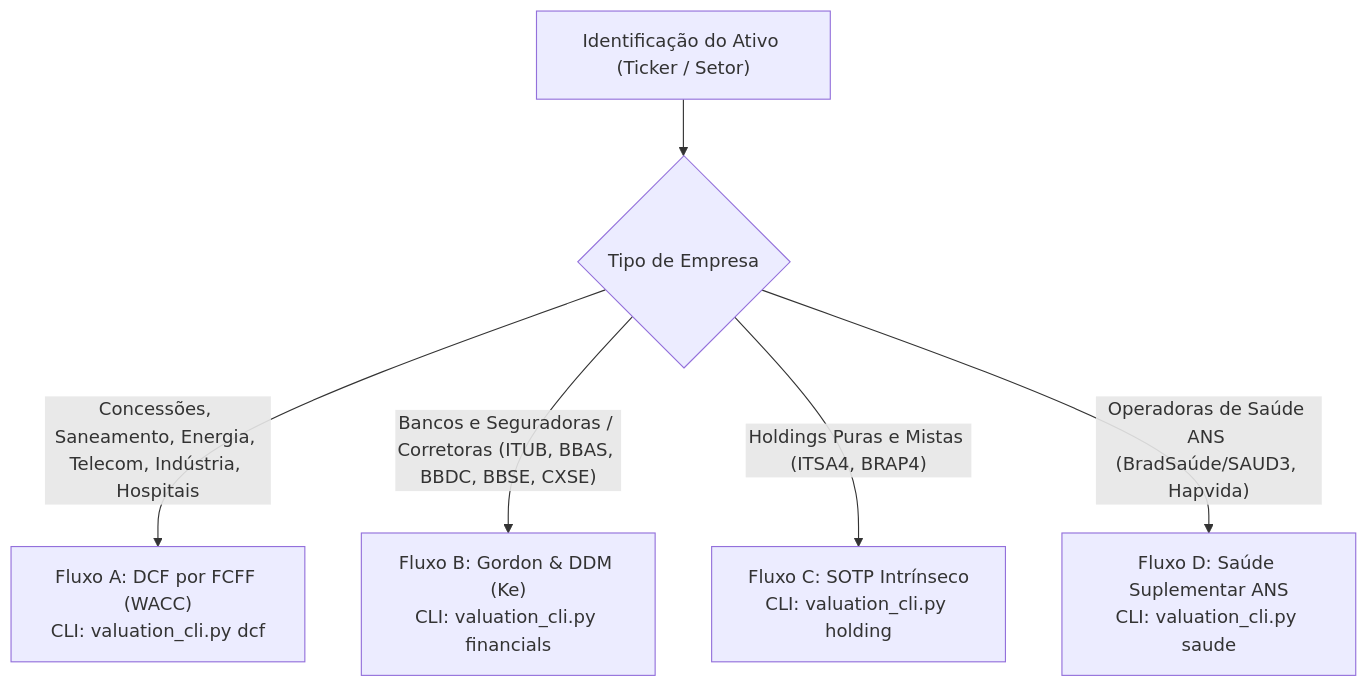
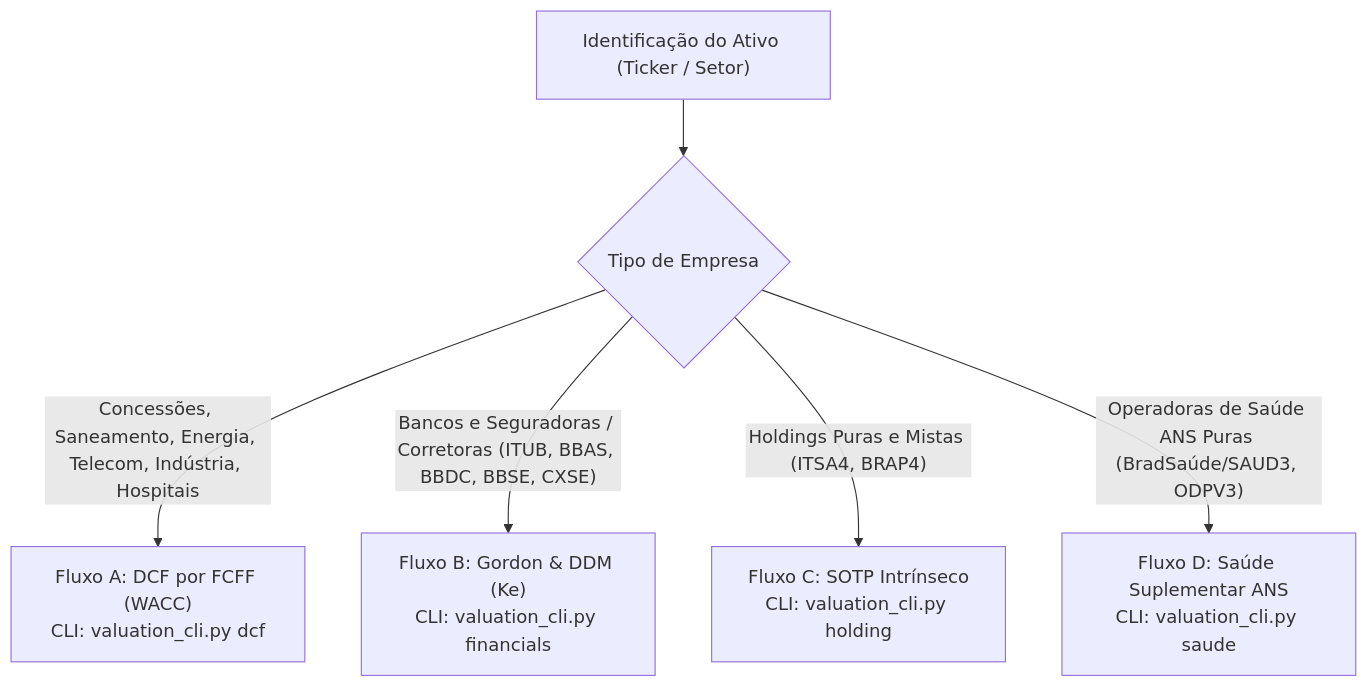
One commit to gabrielclcardoso/valuation_app changed the diagram in .agents/skills/dcf-valuation/SKILL.md. Above: the diagram before and after it, drawn with Mermaid. The commit also changed other lines of this file and 6 other files, not shown here.

Commit message:
fix(valuation): implementar refinamentos metodologicos de roteamento, payout terminal, pisos Fisher e juros saude

````diff
--- a/.agents/skills/dcf-valuation/SKILL.md
+++ b/.agents/skills/dcf-valuation/SKILL.md
@@ -16,9 +16,9 @@
 ```mermaid
 flowchart TD
     Inicio["Identificação do Ativo (Ticker / Setor)"] --> Roteador{"Tipo de Empresa"}
     
     Roteador -->|"Concessões, Saneamento, Energia, Telecom, Indústria, Hospitais"| FluxoA["Fluxo A: DCF por FCFF (WACC)<br/>CLI: valuation_cli.py dcf"]
     Roteador -->|"Bancos e Seguradoras / Corretoras (ITUB, BBAS, BBDC, BBSE, CXSE)"| FluxoB["Fluxo B: Gordon & DDM (Ke)<br/>CLI: valuation_cli.py financials"]
     Roteador -->|"Holdings Puras e Mistas (ITSA4, BRAP4)"| FluxoC["Fluxo C: SOTP Intrínseco<br/>CLI: valuation_cli.py holding"]
-    Roteador -->|"Operadoras de Saúde ANS (BradSaúde/SAUD3, Hapvida)"| FluxoD["Fluxo D: Saúde Suplementar ANS<br/>CLI: valuation_cli.py saude"]
+    Roteador -->|"Operadoras de Saúde ANS Puras (BradSaúde/SAUD3, ODPV3)"| FluxoD["Fluxo D: Saúde Suplementar ANS<br/>CLI: valuation_cli.py saude"]
 ```
````
